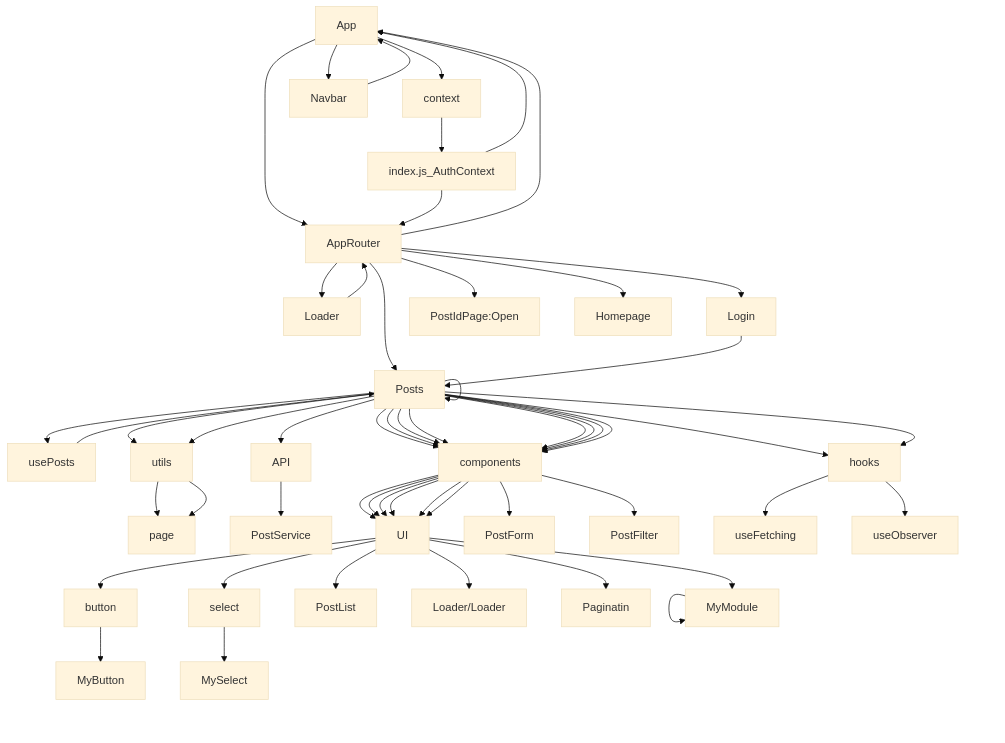
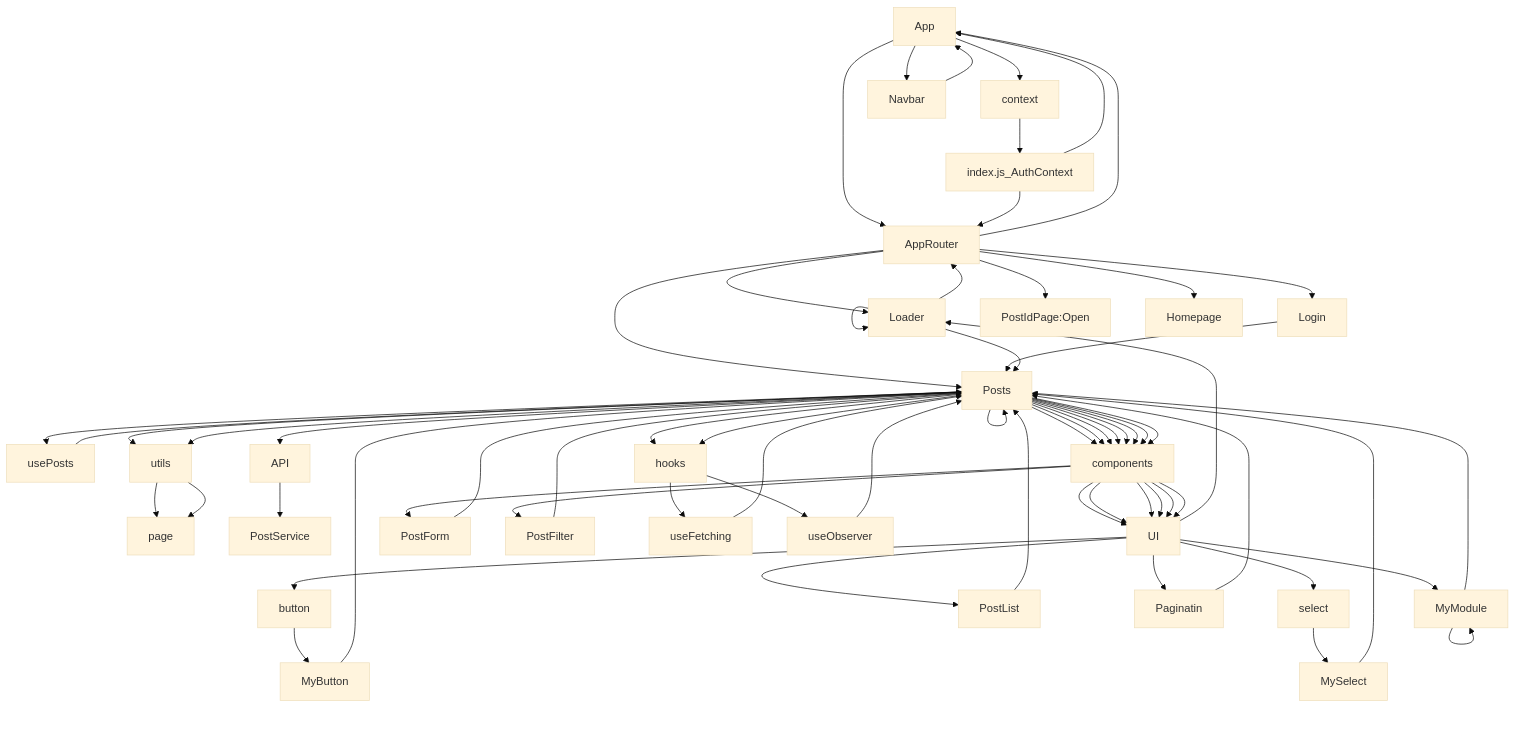
The first of 2 diagrams in README.md (Freeze35/test-react-project), drawn with Mermaid (base theme) before and after one commit.

````diff
--- a/README.md
+++ b/README.md
@@ -112,30 +112,40 @@
 ```mermaid
 graph TD;
    App-->context-->index.js_AuthContext-->App
    App-->Navbar
    App-->AppRouter
    Navbar-->App
    AppRouter-->App
    index.js_AuthContext-->AppRouter
    AppRouter-->Loader
    Loader-->AppRouter
    AppRouter-->Posts
    AppRouter-->Login
    Login-->Posts
    AppRouter-->PostIdPage:Open
    AppRouter-->Homepage
    Posts-->usePosts-->Posts
    Posts-->utils-->page
 Posts-->API-->PostService
 Posts-->Posts-->utils-->page
 Posts-->components-->UI-->button-->MyButton
+MyButton-->Posts
 Posts-->components-->UI-->MyModule-->MyModule
+MyModule-->Posts
 Posts-->components-->PostForm
+PostForm-->Posts
 Posts-->components-->PostFilter
+PostFilter-->Posts
 Posts-->components-->UI-->PostList
-Posts-->components-->UI-->Loader/Loader
+PostList-->Posts
+Posts-->components-->UI-->Loader-->Loader
+Loader-->Posts
 Posts-->components-->UI-->Paginatin
+Paginatin-->Posts
 Posts-->hooks-->useFetching
+useFetching-->Posts
 Posts-->hooks-->useObserver
+useObserver-->Posts
 Posts-->components-->UI-->select-->MySelect
+MySelect-->Posts
 ```
````
